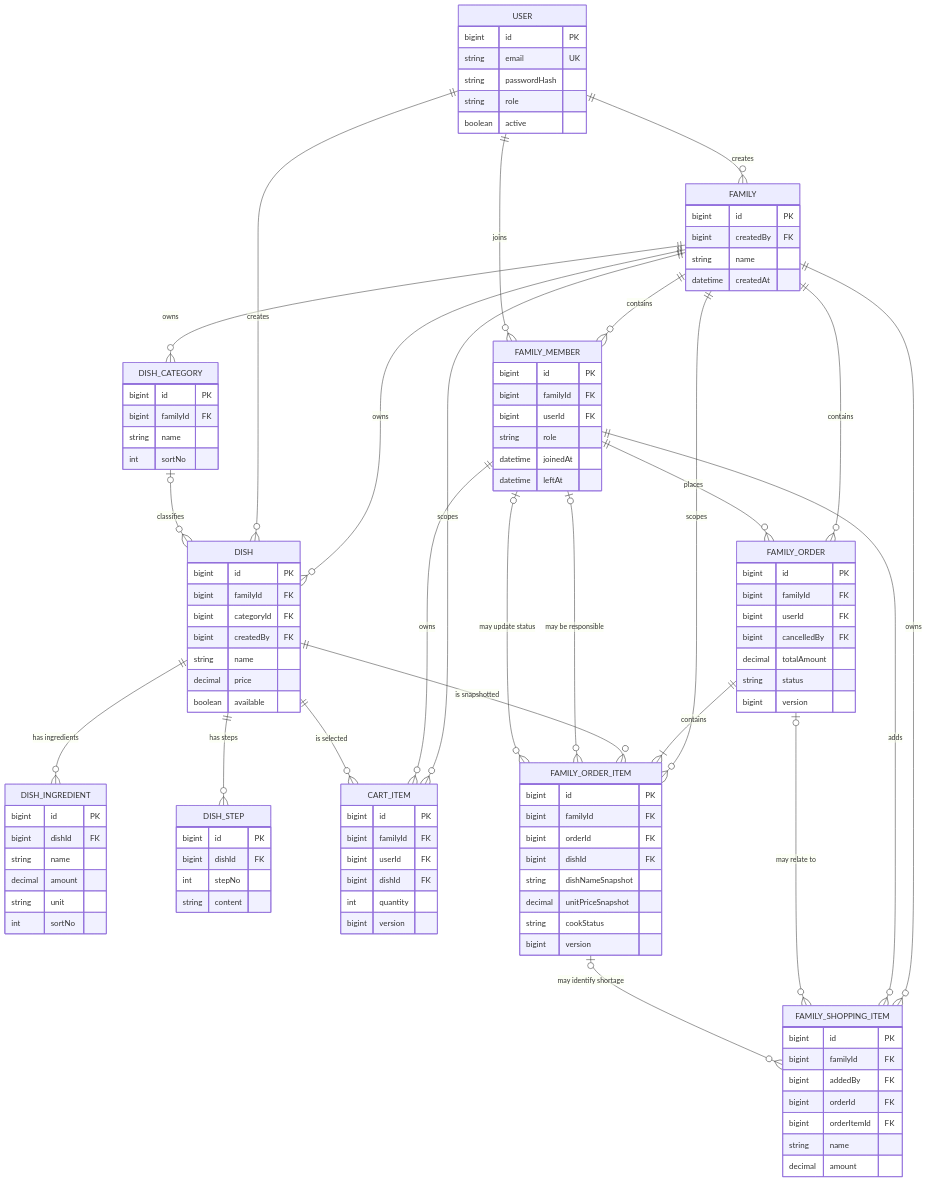
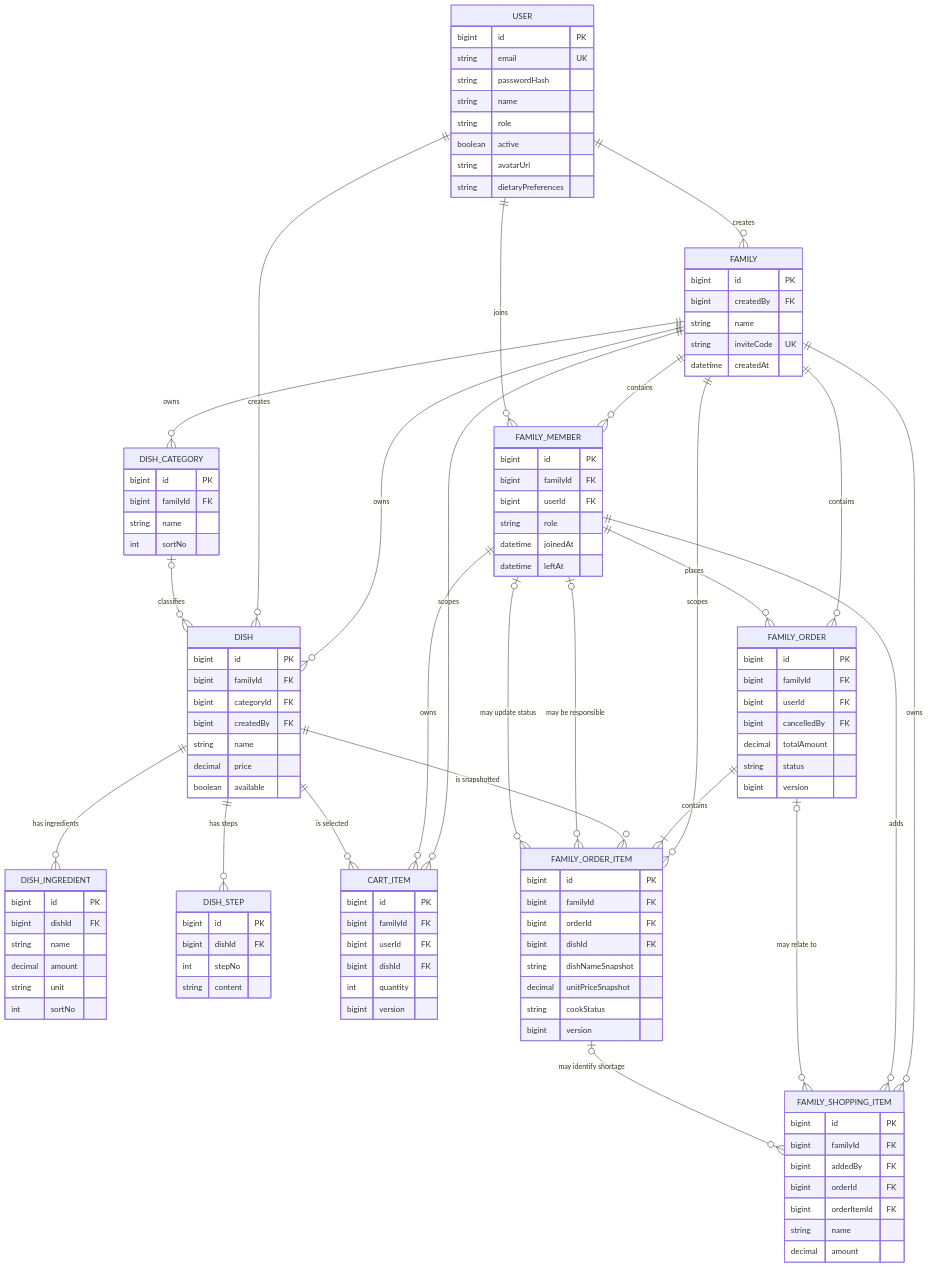
Before and after one commit to cruiser3/HomeChef-Platform: the diagram in docs/database/MYSQL_DATABASE_DESIGN.md, drawn with Mermaid. The commit also changed other lines of this file and 123 other files, not shown here.

```diff
--- a/docs/database/MYSQL_DATABASE_DESIGN.md
+++ b/docs/database/MYSQL_DATABASE_DESIGN.md
@@ -165,13 +165,17 @@
         bigint id PK
         string email UK
         string passwordHash
+        string name
         string role
         boolean active
+        string avatarUrl
+        string dietaryPreferences
     }
     FAMILY {
         bigint id PK
         bigint createdBy FK
         string name
+        string inviteCode UK
         datetime createdAt
     }
     FAMILY_MEMBER {
```
